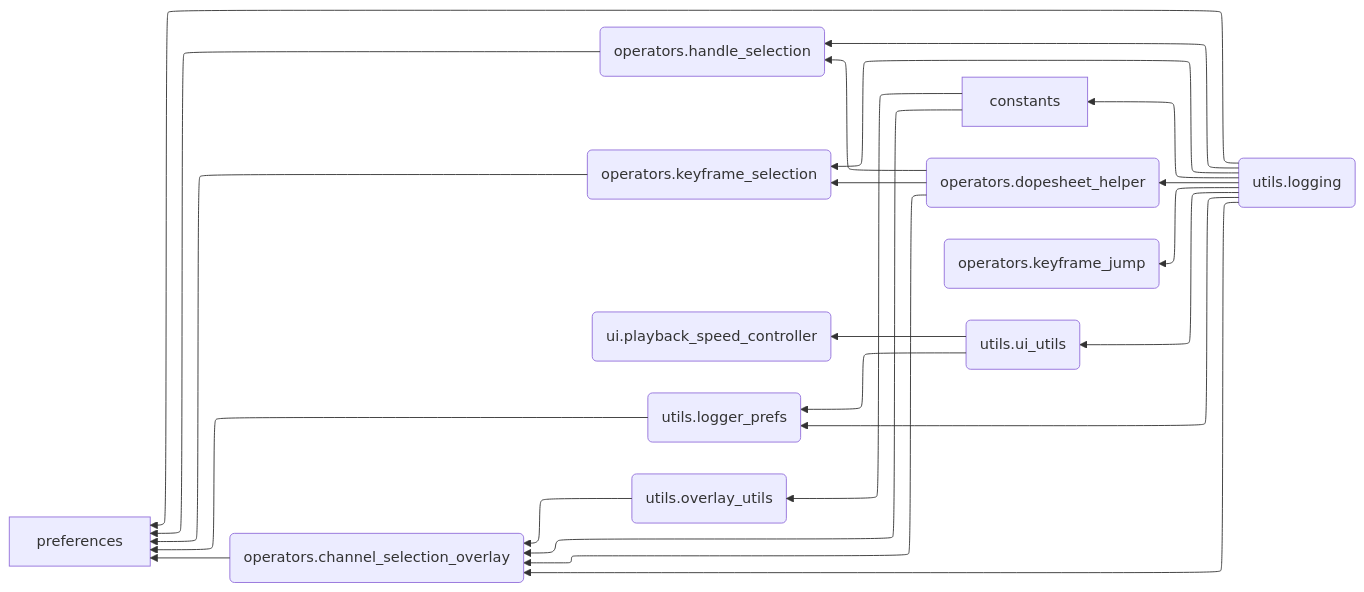
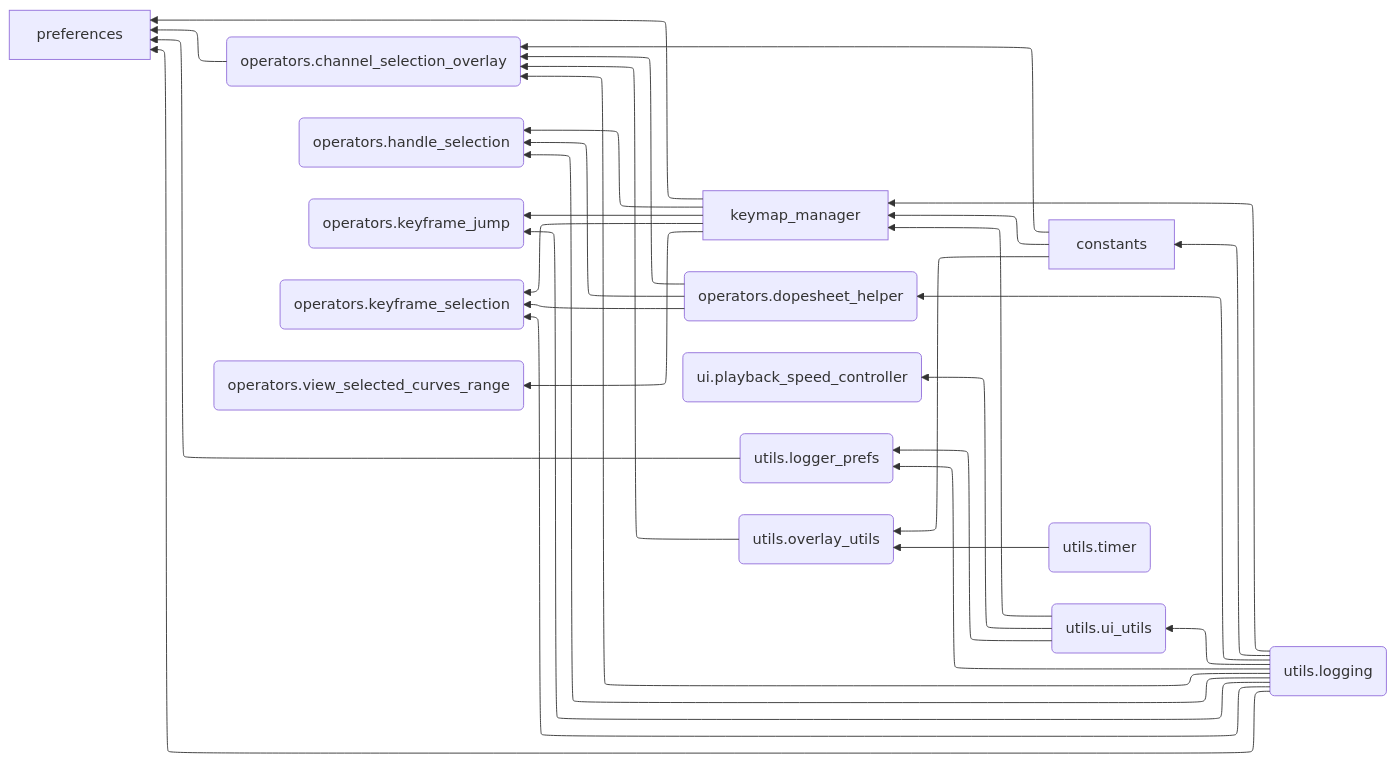
One commit to Pluglug/graph_monkey changed the diagram in docs/debug/module_dependencies.mmd. Above: the diagram before and after it, drawn with Mermaid. The commit also changed 3 other files, not shown here.

```diff
--- a/docs/debug/module_dependencies.mmd
+++ b/docs/debug/module_dependencies.mmd
@@ -1,41 +1,51 @@
 ---
 config:
   theme: mc
   layout: elk
   flowchart:
     curve: basis
 ---
 flowchart RL
     constants[constants]
+    keymap_manager[keymap_manager]
     operators_channel_selection_overlay(operators.channel_selection_overlay)
     operators_dopesheet_helper(operators.dopesheet_helper)
     operators_handle_selection(operators.handle_selection)
     operators_keyframe_jump(operators.keyframe_jump)
     operators_keyframe_selection(operators.keyframe_selection)
+    operators_view_selected_curves_range(operators.view_selected_curves_range)
     preferences[preferences]
     ui_playback_speed_controller(ui.playback_speed_controller)
     utils_logger_prefs(utils.logger_prefs)
     utils_logging(utils.logging)
     utils_overlay_utils(utils.overlay_utils)
+    utils_timer(utils.timer)
     utils_ui_utils(utils.ui_utils)
+    constants --> keymap_manager
     constants --> operators_channel_selection_overlay
     constants --> utils_overlay_utils
+    keymap_manager --> operators_handle_selection
+    keymap_manager --> operators_keyframe_jump
+    keymap_manager --> operators_keyframe_selection
+    keymap_manager --> operators_view_selected_curves_range
+    keymap_manager --> preferences
     operators_channel_selection_overlay --> preferences
     operators_dopesheet_helper --> operators_channel_selection_overlay
     operators_dopesheet_helper --> operators_handle_selection
     operators_dopesheet_helper --> operators_keyframe_selection
-    operators_handle_selection --> preferences
-    operators_keyframe_selection --> preferences
     utils_logger_prefs --> preferences
     utils_logging --> constants
+    utils_logging --> keymap_manager
     utils_logging --> operators_channel_selection_overlay
     utils_logging --> operators_dopesheet_helper
     utils_logging --> operators_handle_selection
     utils_logging --> operators_keyframe_jump
     utils_logging --> operators_keyframe_selection
     utils_logging --> preferences
     utils_logging --> utils_logger_prefs
     utils_logging --> utils_ui_utils
     utils_overlay_utils --> operators_channel_selection_overlay
+    utils_timer --> utils_overlay_utils
+    utils_ui_utils --> keymap_manager
     utils_ui_utils --> ui_playback_speed_controller
     utils_ui_utils --> utils_logger_prefs
```
